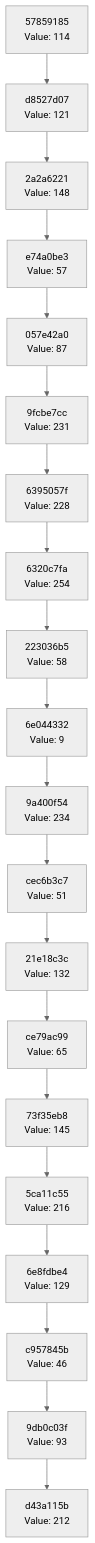
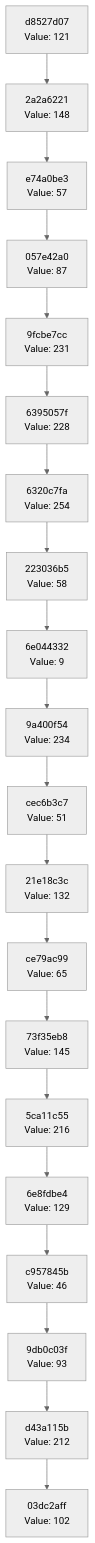
Before and after one commit to Abhisheksinha1506/hash-chain-evolver: the diagram in docs/CHAIN_VISUALIZATION.md, drawn with Mermaid (neutral theme). The commit also changed 2 other files, not shown here.

Commit message:
Evolution step: hash 0x66 → action executed

````diff
--- a/docs/CHAIN_VISUALIZATION.md
+++ b/docs/CHAIN_VISUALIZATION.md
@@ -3,42 +3,42 @@
 ```mermaid
 graph TD
-    C0["d43a115b<br/>Value: 212"]
-    C1["9db0c03f<br/>Value: 93"]
+    C0["03dc2aff<br/>Value: 102"]
+    C1["d43a115b<br/>Value: 212"]
     C1 --> C0
-    C2["c957845b<br/>Value: 46"]
+    C2["9db0c03f<br/>Value: 93"]
     C2 --> C1
-    C3["6e8fdbe4<br/>Value: 129"]
+    C3["c957845b<br/>Value: 46"]
     C3 --> C2
-    C4["5ca11c55<br/>Value: 216"]
+    C4["6e8fdbe4<br/>Value: 129"]
     C4 --> C3
-    C5["73f35eb8<br/>Value: 145"]
+    C5["5ca11c55<br/>Value: 216"]
     C5 --> C4
-    C6["ce79ac99<br/>Value: 65"]
+    C6["73f35eb8<br/>Value: 145"]
     C6 --> C5
-    C7["21e18c3c<br/>Value: 132"]
+    C7["ce79ac99<br/>Value: 65"]
     C7 --> C6
-    C8["cec6b3c7<br/>Value: 51"]
+    C8["21e18c3c<br/>Value: 132"]
     C8 --> C7
-    C9["9a400f54<br/>Value: 234"]
+    C9["cec6b3c7<br/>Value: 51"]
     C9 --> C8
-    C10["6e044332<br/>Value: 9"]
+    C10["9a400f54<br/>Value: 234"]
     C10 --> C9
-    C11["223036b5<br/>Value: 58"]
+    C11["6e044332<br/>Value: 9"]
     C11 --> C10
-    C12["6320c7fa<br/>Value: 254"]
+    C12["223036b5<br/>Value: 58"]
     C12 --> C11
-    C13["6395057f<br/>Value: 228"]
+    C13["6320c7fa<br/>Value: 254"]
     C13 --> C12
-    C14["9fcbe7cc<br/>Value: 231"]
+    C14["6395057f<br/>Value: 228"]
     C14 --> C13
-    C15["057e42a0<br/>Value: 87"]
+    C15["9fcbe7cc<br/>Value: 231"]
     C15 --> C14
-    C16["e74a0be3<br/>Value: 57"]
+    C16["057e42a0<br/>Value: 87"]
     C16 --> C15
-    C17["2a2a6221<br/>Value: 148"]
+    C17["e74a0be3<br/>Value: 57"]
     C17 --> C16
-    C18["d8527d07<br/>Value: 121"]
+    C18["2a2a6221<br/>Value: 148"]
     C18 --> C17
-    C19["57859185<br/>Value: 114"]
+    C19["d8527d07<br/>Value: 121"]
     C19 --> C18
 ```
````
